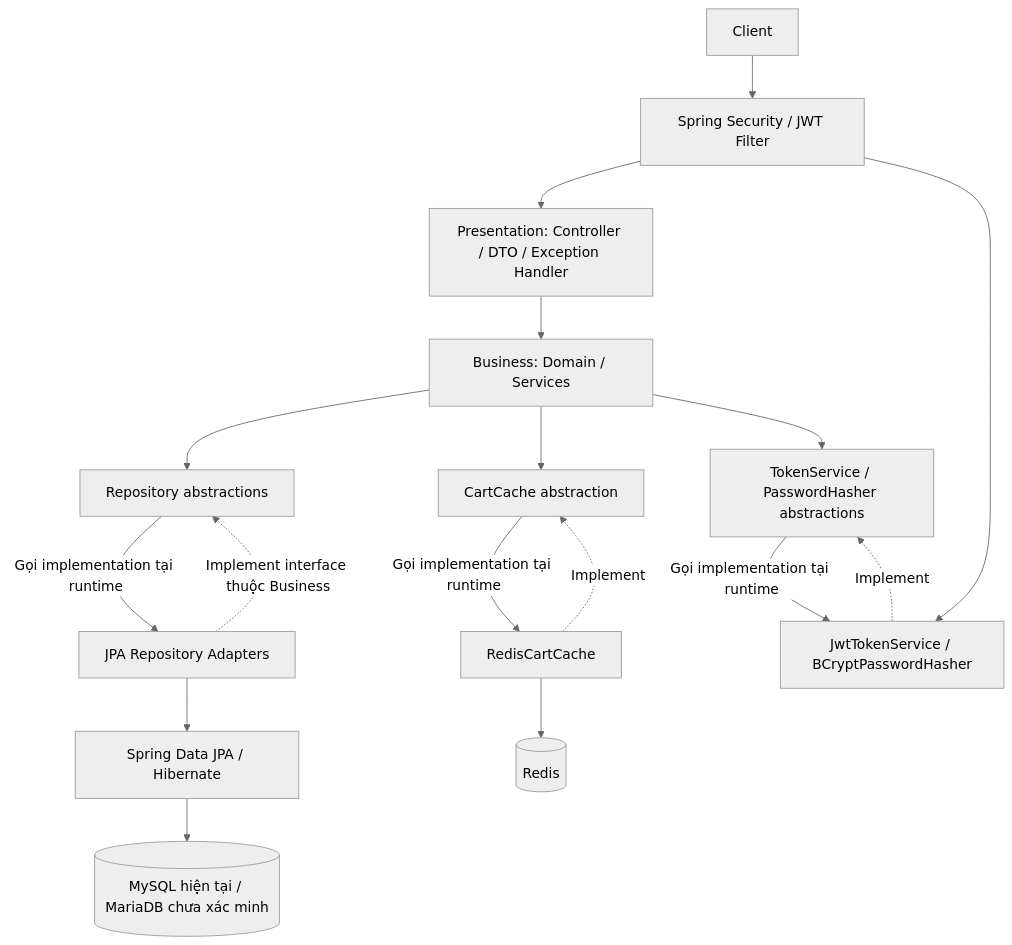
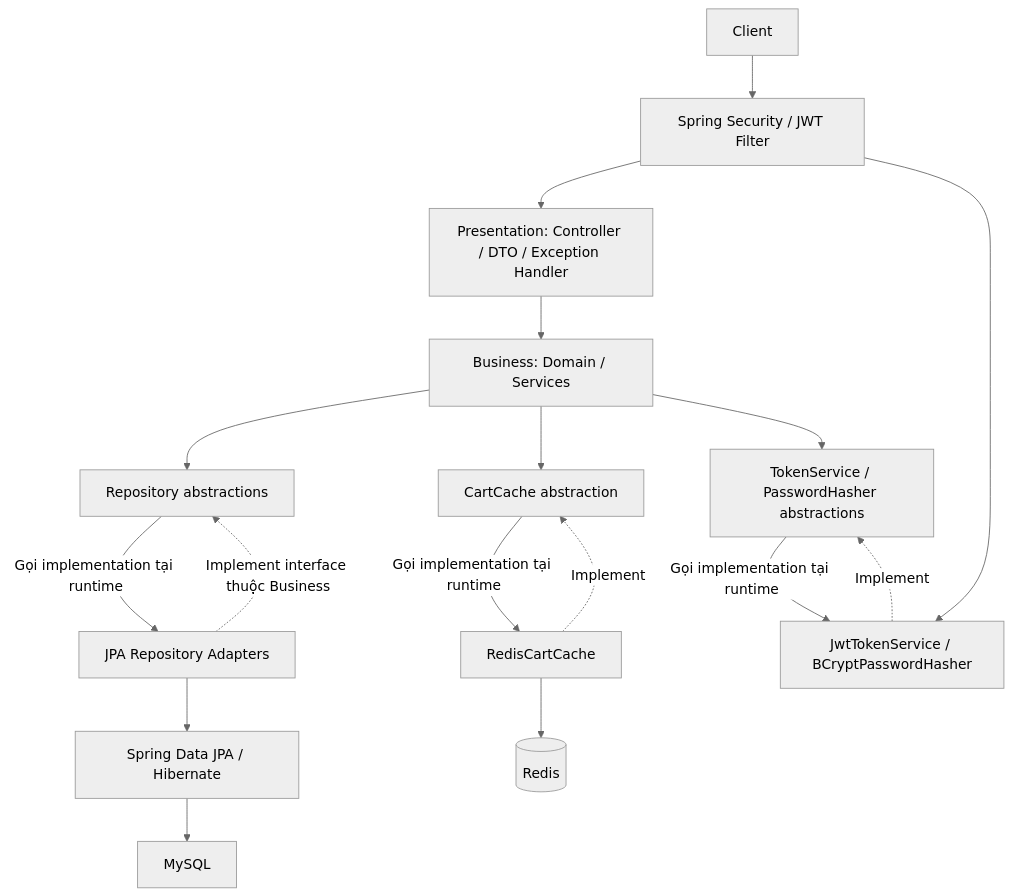
The first of 4 diagrams in README.md (Mango-Bird/cart-system), drawn with Mermaid (neutral theme) before and after one commit.

````diff
--- a/README.md
+++ b/README.md
@@ -26,19 +26,19 @@
 ```mermaid
 flowchart TD
     C[Client] --> S[Spring Security / JWT Filter]
     S --> P[Presentation: Controller / DTO / Exception Handler]
     P --> B[Business: Domain / Services]
     B --> R[Repository abstractions]
     R -->|Gọi implementation tại runtime| A[JPA Repository Adapters]
     A --> J[Spring Data JPA / Hibernate]
-    J --> D[(MySQL hiện tại / MariaDB chưa xác minh)]
+    J --> D[MySQL]
     A -.->|Implement interface thuộc Business| R
     B --> K[CartCache abstraction]
     K -->|Gọi implementation tại runtime| RC[RedisCartCache]
     RC --> RD[(Redis)]
     RC -.->|Implement| K
     B --> T[TokenService / PasswordHasher abstractions]
     T -->|Gọi implementation tại runtime| I[JwtTokenService / BCryptPasswordHasher]
     I -.->|Implement| T
     S --> I
 ```
````
